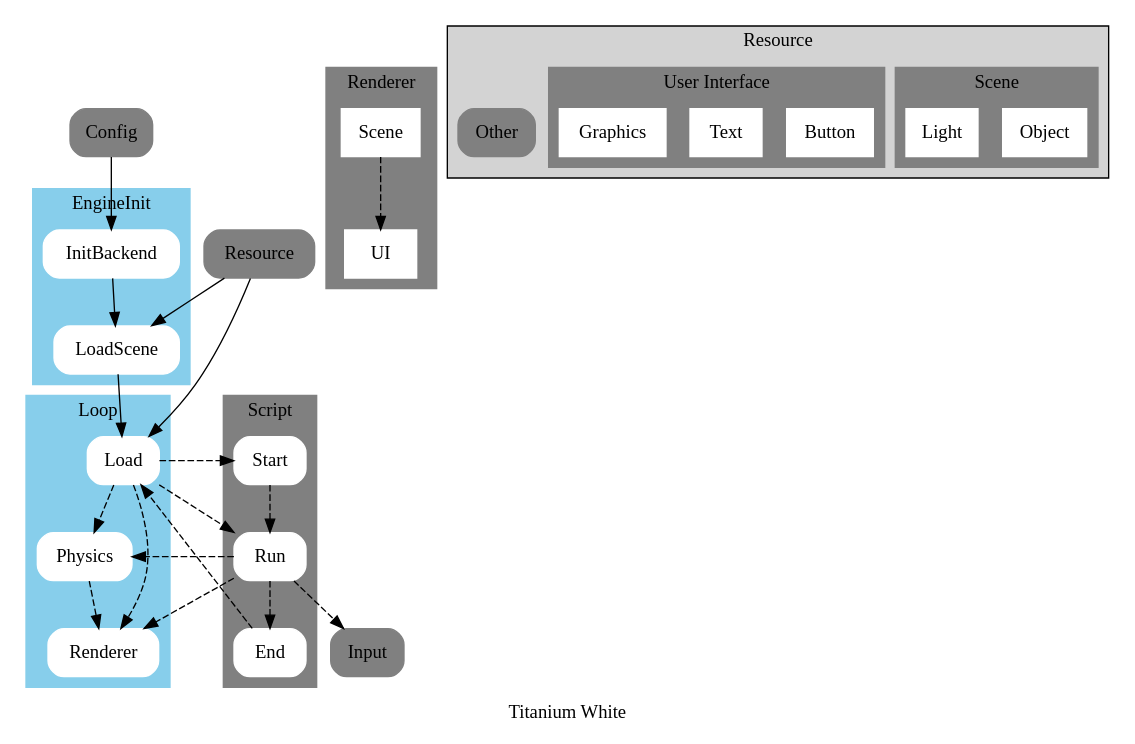
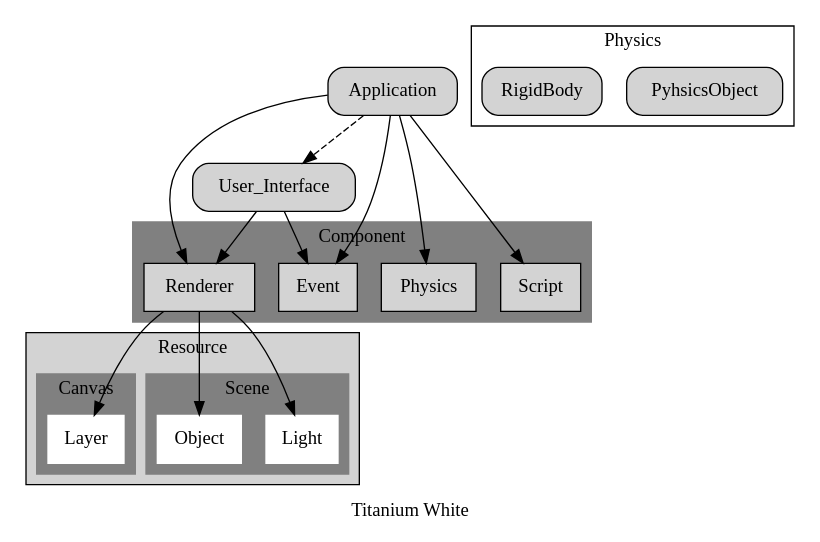
One commit to dlinyang/roaster changed the diagram in titanium/doc/structure.dot. Above: the diagram before and after it, drawn with Graphviz. The commit also changed 116 other files, not shown here.

```diff
--- a/titanium/doc/structure.dot
+++ b/titanium/doc/structure.dot
@@ -1,85 +1,53 @@
 digraph G {
     label = "Titanium White";
-   /* EigineInit*/
-    subgraph cluster0 {
-        style = filled;
-        color = skyblue;
 
-        node [ shape= box,style= "rounded, filled", color = white];
-        InitBackend -> LoadScene;
-        label = "EngineInit";
-    }
+    node [shape = box, style = "filled,rounded"];
+        Application User_Interface
 
-    /* Loop*/
-    subgraph cluster1 {
-        style = filled;
-        color = skyblue;
-        label = "Loop";
-        node [shape = box, style = "rounded, filled", color = white]
-        edge [style = dashed]
-        Load -> Physics -> Renderer;
-        Load -> Renderer;
-    }
-
-    /* Script */
-    subgraph cluster2 {
+    subgraph cluster {
+        label = Component;
         style = filled;
         color = grey;
-        label = "Script"
+        node [shape = box, style = "filled"]
+        Renderer;
+        Physics;
+        Event;
+        Script;
+    } 
 
-        node [shape = box,style = "rounded,filled" ,color = white];
-        edge [style = dashed];
-        Start -> Run -> End;
-    }
-
-    /* Renderer*/
-    subgraph cluster3 {
-        label = "Renderer"
-        style = filled;
-        color = grey;
-    
-        node [shape= box,style = "filled", color = white]
-        Scene -> UI [style = dashed];
-    }
-
-    subgraph cluster4 {
+    subgraph cluster0 {
         label = Resource;
         style = filled;
         
         /* Scence*/
-        subgraph cluster40 {
+        subgraph cluster00 {
             label = "Scene"
             style = filled;
             color = grey;
             node [shape= box, style = "filled" , color = white]
             Object;
             Light;
         }
 
-        /*UI*/
-        subgraph cluster41 {
-            label = "User Interface";
+        subgraph cluster02 {
+            label = "Canvas";
             style = filled;
             color = grey;
             node [shape = box, style = "filled", color = white]
-            Button;
-            Text;
-            Graphics;
+            Layer;
         }
-
-        Other [shape = box, style = "filled,rounded", color = grey]
     }
 
+    subgraph cluster1 {
+        label = "Physics"
+        PyhsicsObject
+        RigidBody;
+    }
 
-    Config -> InitBackend;
-
-    LoadScene -> Load;
-    Load -> {Run,Start} [style = dashed]; 
-    Run -> Input [style = dashed];
-    Run -> {Physics,Renderer} [style = dashed];
-    End -> Load [style = dashed];
-    Resource -> {Load, LoadScene};
-    Config [shape = box, style ="rounded,filled", color = grey]
-    Resource [shape = box, style = "rounded, filled", color = grey]
-    Input [shape = box, style = "rounded,filled", color = grey]
+    edge []
+        Application -> subgraph cluster {};
+        Renderer -> subgraph cluster0 {};
+        User_Interface -> {Event,Renderer};
+    edge [style = "dashed"]
+        Application -> User_Interface;
 }
```
